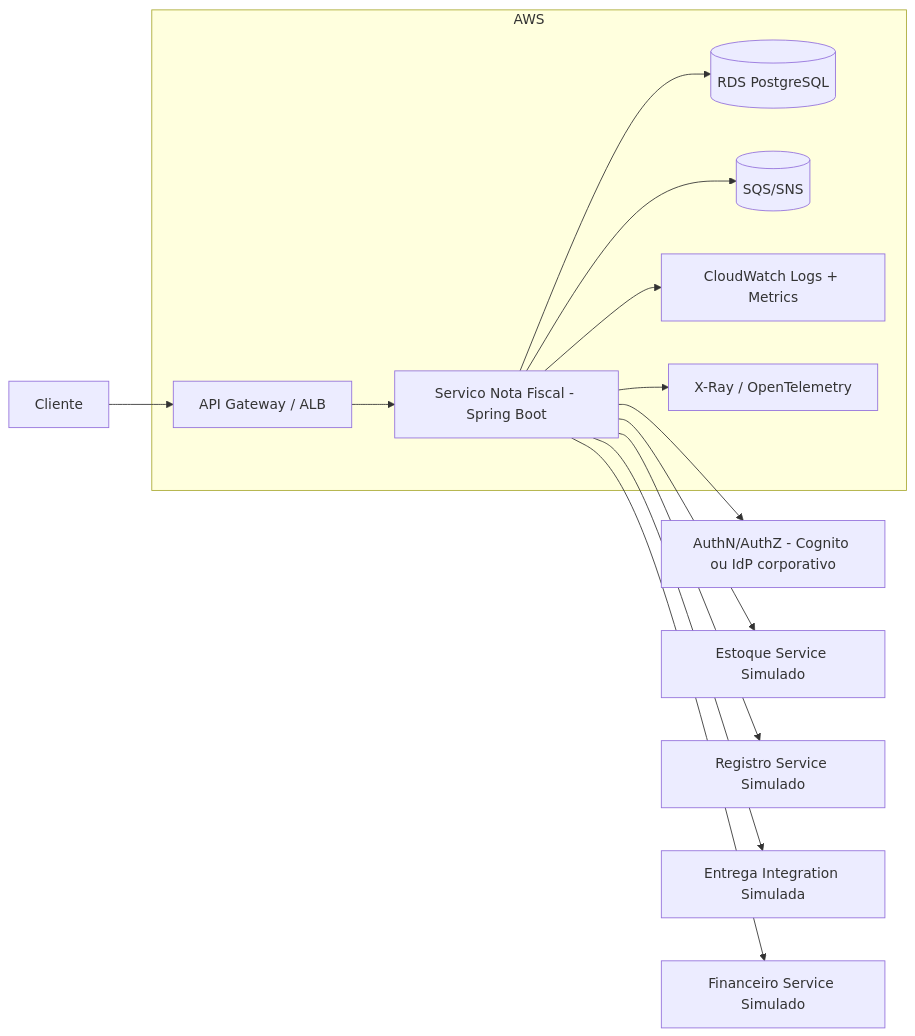
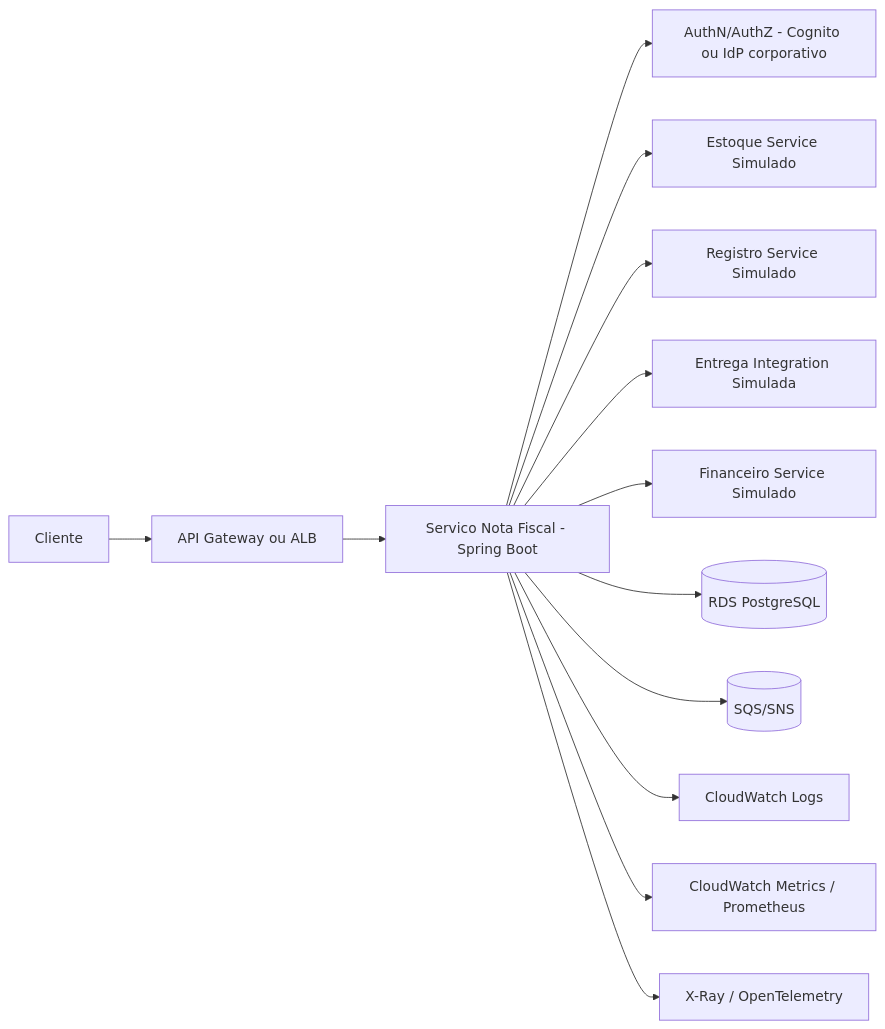
Before and after one commit to sourceGabriel/geradornotafiscal: the diagram in README.md, drawn with Mermaid. The commit also changed other lines of this file and 7 other files, not shown here.

````diff
--- a/README.md
+++ b/README.md
@@ -167,26 +295,18 @@
 ```mermaid
 flowchart LR
-    C[Cliente] --> G[API Gateway / ALB]
+    C[Cliente] --> G[API Gateway ou ALB]
     G --> A[Servico Nota Fiscal - Spring Boot]
-    A --> AU[AuthN/AuthZ - Cognito ou IdP corporativo]
+    A --> AUTH[AuthN/AuthZ - Cognito ou IdP corporativo]
 
-    A --> E1[Estoque Service Simulado]
-    A --> E2[Registro Service Simulado]
-    A --> E3[Entrega Integration Simulada]
-    A --> E4[Financeiro Service Simulado]
+    A --> EST[Estoque Service Simulado]
+    A --> REG[Registro Service Simulado]
+    A --> ENT[Entrega Integration Simulada]
+    A --> FIN[Financeiro Service Simulado]
 
-    A --> DB[(RDS PostgreSQL)]
-    A --> Q[(SQS/SNS)]
+    A --> RDS[(RDS PostgreSQL)]
+    A --> MQ[(SQS/SNS)]
 
-    A --> O[CloudWatch Logs + Metrics]
-    A --> T[X-Ray / OpenTelemetry]
-
-    subgraph AWS
-      G
-      A
-      DB
-      Q
-      O
-      T
-    end
+    A --> LOG[CloudWatch Logs]
+    A --> MET[CloudWatch Metrics / Prometheus]
+    A --> TRC[X-Ray / OpenTelemetry]
 ```
````
